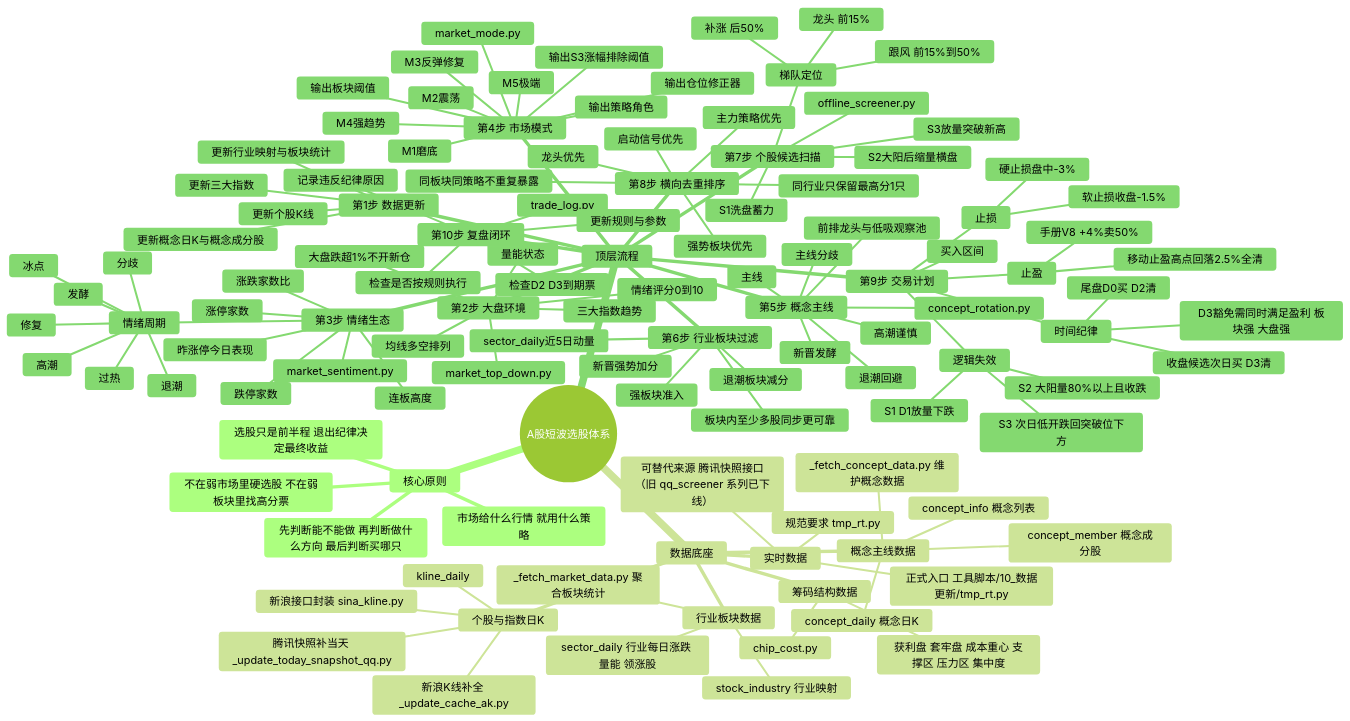
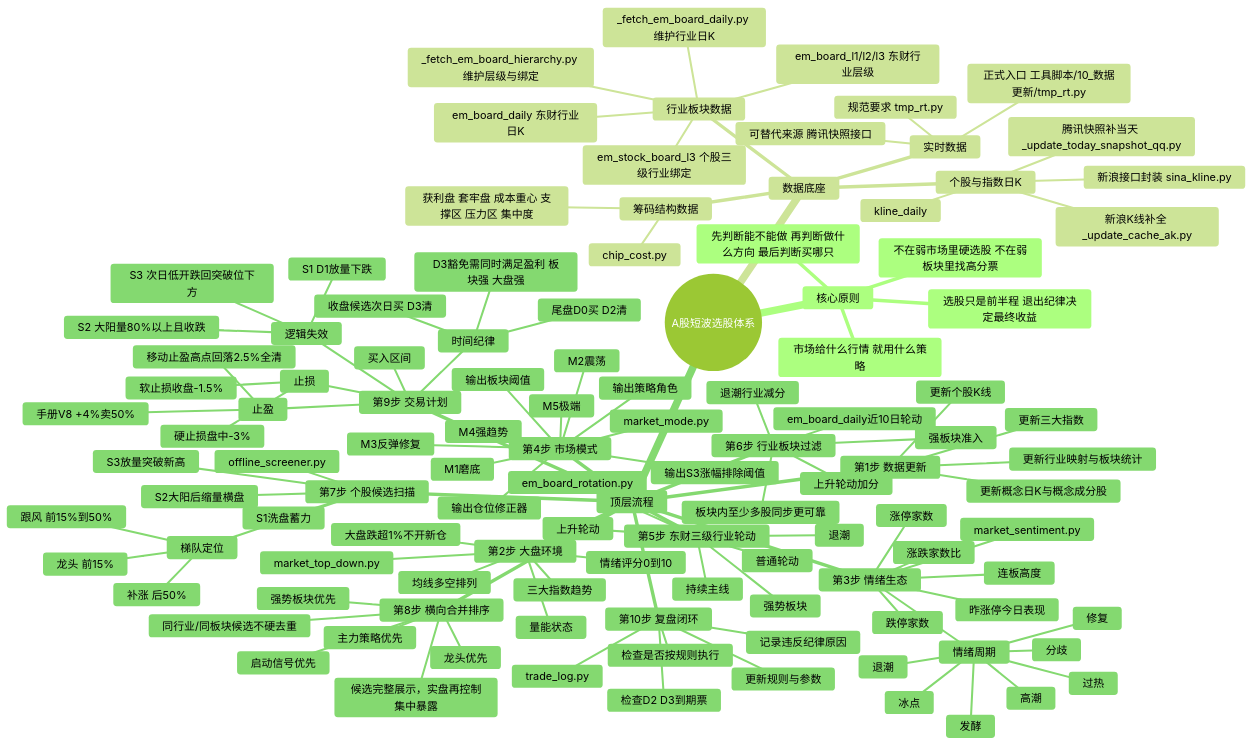
The diagram in 交易体系/选股整体逻辑思维导图.md (SHUA-Ming/loose4), drawn with Mermaid (forest theme) before and after one commit. The commit also changed other lines of this file and 53 other files, not shown here.

```diff
--- a/交易体系/选股整体逻辑思维导图.md
+++ b/交易体系/选股整体逻辑思维导图.md
@@ -24,21 +24,18 @@
         腾讯快照补当天 _update_today_snapshot_qq.py
         新浪接口封装 sina_kline.py
       行业板块数据
-        stock_industry 行业映射
-        sector_daily 行业每日涨跌 量能 领涨股
-        _fetch_market_data.py 聚合板块统计
-      概念主线数据
-        concept_info 概念列表
-        concept_daily 概念日K
-        concept_member 概念成分股
-        _fetch_concept_data.py 维护概念数据
+        em_board_l1/l2/l3 东财行业层级
+        em_stock_board_l3 个股三级行业绑定
+        em_board_daily 东财行业日K
+        _fetch_em_board_hierarchy.py 维护层级与绑定
+        _fetch_em_board_daily.py 维护行业日K
       筹码结构数据
         chip_cost.py
         获利盘 套牢盘 成本重心 支撑区 压力区 集中度
       实时数据
         规范要求 tmp_rt.py
         正式入口 工具脚本/10_数据更新/tmp_rt.py
-        可替代来源 腾讯快照接口（旧 qq_screener 系列已下线）
+        可替代来源 腾讯快照接口
     顶层流程
       第1步 数据更新
         更新个股K线
@@ -78,19 +75,18 @@
         输出板块阈值
         输出S3涨幅排除阈值
         输出仓位修正器
-      第5步 概念主线
-        concept_rotation.py
-        主线
-        主线分歧
-        新晋发酵
-        高潮谨慎
-        退潮回避
-        前排龙头与低吸观察池
+      第5步 东财三级行业轮动
+        em_board_rotation.py
+        持续主线
+        上升轮动
+        强势板块
+        退潮
+        普通轮动
       第6步 行业板块过滤
-        sector_daily近5日动量
+        em_board_daily近10日轮动
         强板块准入
-        新晋强势加分
-        退潮板块减分
+        上升轮动加分
+        退潮行业减分
         板块内至少多股同步更可靠
       第7步 个股候选扫描
         offline_screener.py
@@ -101,9 +97,9 @@
           龙头 前15%
           跟风 前15%到50%
           补涨 后50%
-      第8步 横向去重排序
-        同行业只保留最高分1只
-        同板块同策略不重复暴露
+      第8步 横向合并排序
+        同行业/同板块候选不硬去重
+        候选完整展示，实盘再控制集中暴露
         主力策略优先
         龙头优先
         强势板块优先
```
